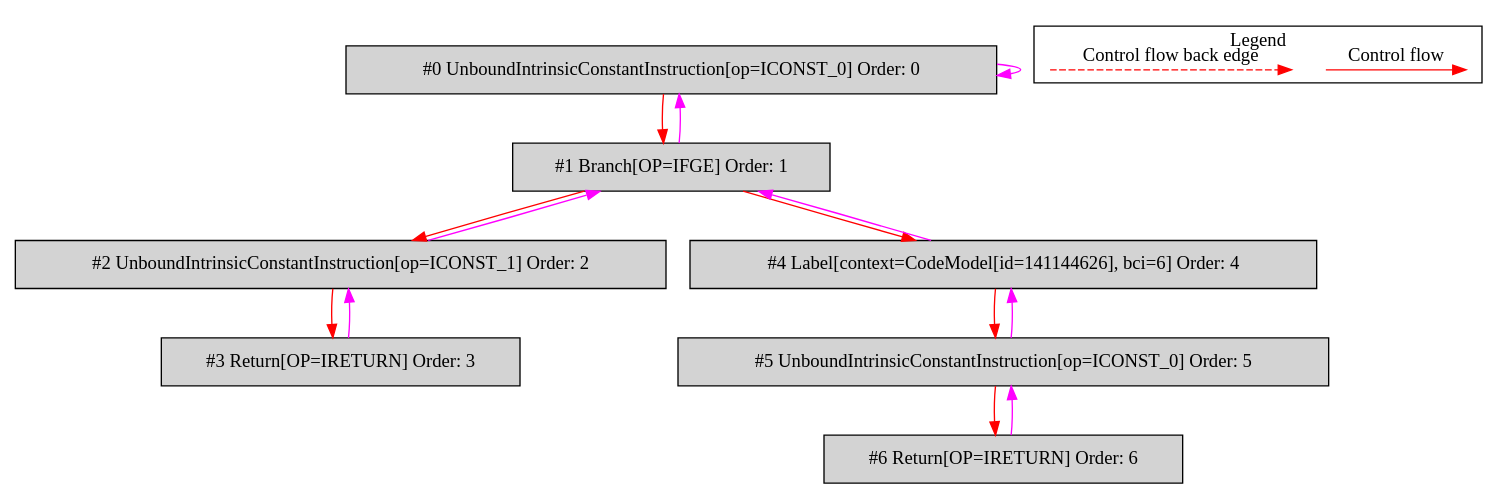
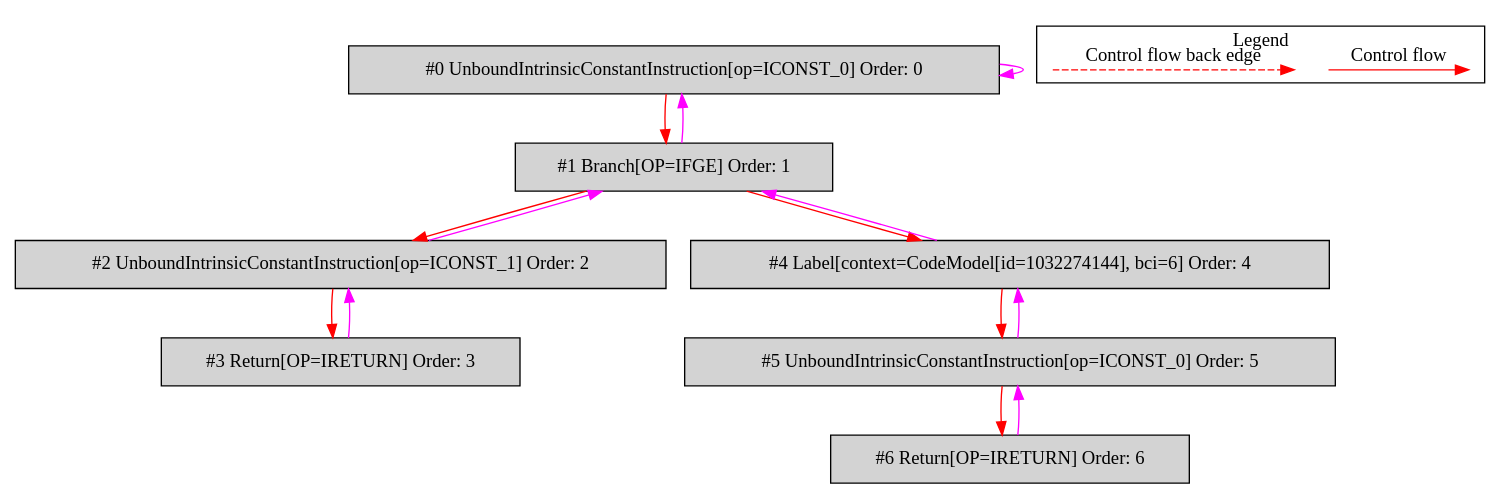
Before and after one commit to mirkosertic/MetaIR: the diagram in de.mirkosertic.metair.ir.OpcodeIFGETest/test_IFGE/bytecodecfg.dot, drawn with Graphviz. The commit also changed 722 other files, not shown here.

```diff
--- a/de.mirkosertic.metair.ir.OpcodeIFGETest/test_IFGE/bytecodecfg.dot
+++ b/de.mirkosertic.metair.ir.OpcodeIFGETest/test_IFGE/bytecodecfg.dot
@@ -1,37 +1,37 @@
 digraph {
  ordering="in";
  node0[label="#0 UnboundIntrinsicConstantInstruction[op=ICONST_0] Order: 0", shape=box, fillcolor=lightgrey, style=filled];
  node1[label="#1 Branch[OP=IFGE] Order: 1", shape=box, fillcolor=lightgrey, style=filled];
  node2[label="#2 UnboundIntrinsicConstantInstruction[op=ICONST_1] Order: 2", shape=box, fillcolor=lightgrey, style=filled];
  node3[label="#3 Return[OP=IRETURN] Order: 3", shape=box, fillcolor=lightgrey, style=filled];
- node4[label="#4 Label[context=CodeModel[id=141144626], bci=6] Order: 4", shape=box, fillcolor=lightgrey, style=filled];
+ node4[label="#4 Label[context=CodeModel[id=1032274144], bci=6] Order: 4", shape=box, fillcolor=lightgrey, style=filled];
  node5[label="#5 UnboundIntrinsicConstantInstruction[op=ICONST_0] Order: 5", shape=box, fillcolor=lightgrey, style=filled];
  node6[label="#6 Return[OP=IRETURN] Order: 6", shape=box, fillcolor=lightgrey, style=filled];
  node0 -> node0[color=fuchsia];
  node0 -> node1[color=red];
  node1 -> node0[color=fuchsia];
  node1 -> node2[color=red];
  node2 -> node1[color=fuchsia];
  node2 -> node3[color=red];
  node3 -> node2[color=fuchsia];
  node1 -> node4[color=red];
  node4 -> node1[color=fuchsia];
  node4 -> node5[color=red];
  node5 -> node4[color=fuchsia];
  node5 -> node6[color=red];
  node6 -> node5[color=fuchsia];
  subgraph cluster_000 {
   label = "Legend";
   node [shape=point]
   {
    rank=same;
    c0 [style = invis];
    c1 [style = invis];
    c2 [style = invis];
    c3 [style = invis];
   }
   c0 -> c1 [label="Control flow", style=solid, color=red]
   c2 -> c3 [label="Control flow back edge", style=dashed, color=red]
  }
 
 }
```
